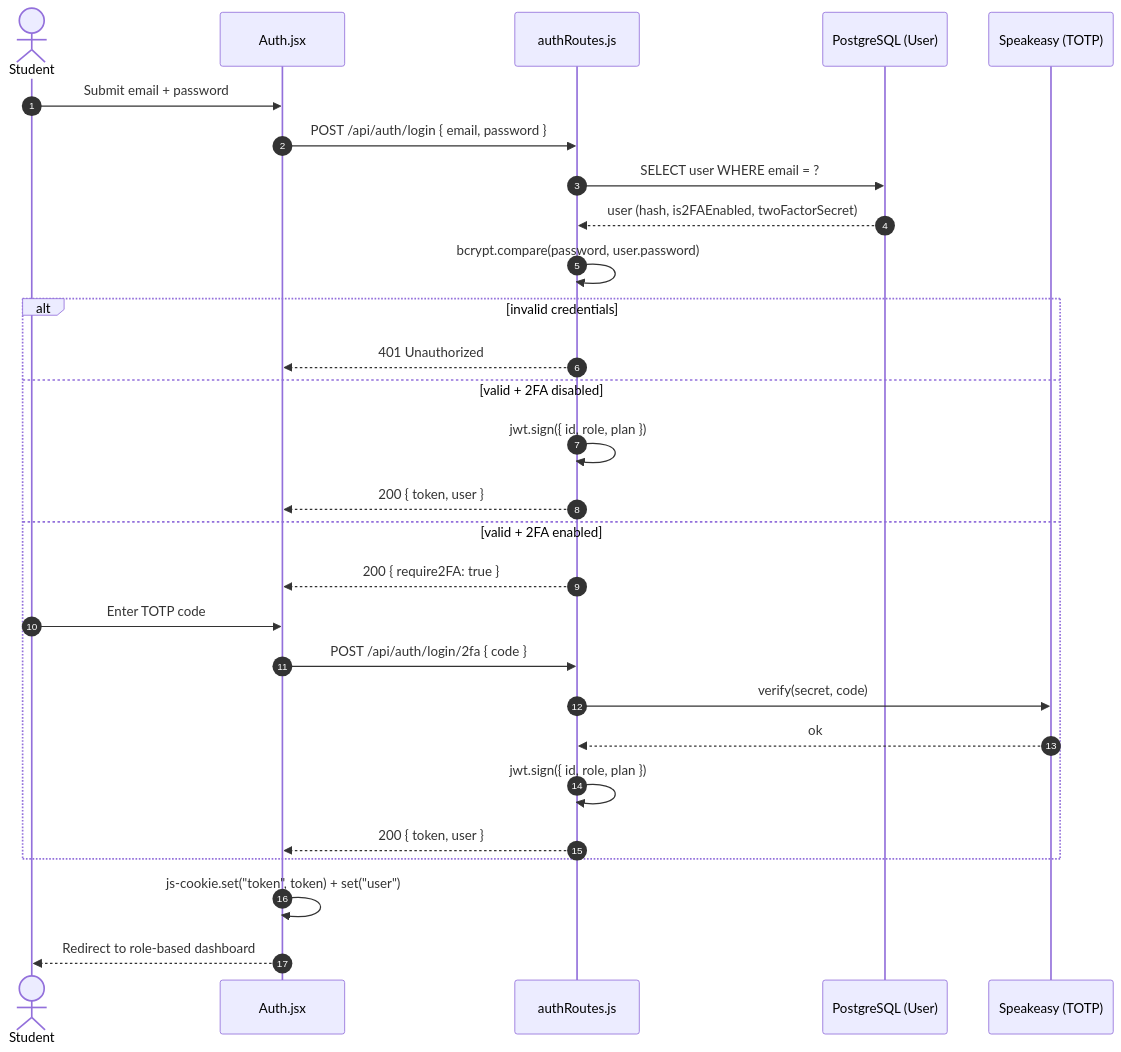
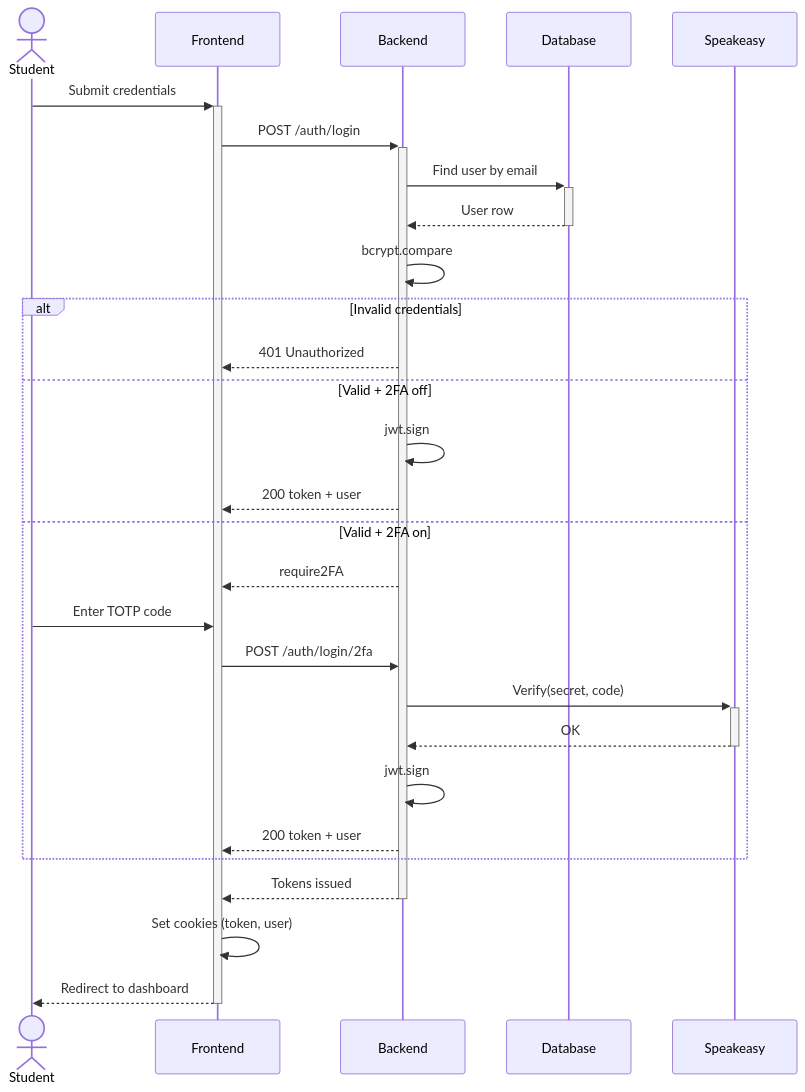
Before and after one commit to MaizaAymen/OmniLearn: the fourth of 9 diagrams in docs/05_chapitre3_sprint1.md, drawn with Mermaid. The commit also changed other lines of this file and 4 other files, not shown here.

````diff
--- a/docs/05_chapitre3_sprint1.md
+++ b/docs/05_chapitre3_sprint1.md
@@ -175,31 +183,33 @@
 ```mermaid
 sequenceDiagram
-  autonumber
-  actor S as Student
-  participant FE as Auth.jsx
-  participant API as authRoutes.js
-  participant DB as PostgreSQL (User)
-  participant TOTP as Speakeasy (TOTP)
+    actor Student
+    participant FE as Frontend
+    participant API as Backend
+    participant DB as Database
+    participant TOTP as Speakeasy
 
-  S->>FE: Submit email + password
-  FE->>API: POST /api/auth/login { email, password }
-  API->>DB: SELECT user WHERE email = ?
-  DB-->>API: user (hash, is2FAEnabled, twoFactorSecret)
-  API->>API: bcrypt.compare(password, user.password)
-  alt invalid credentials
-    API-->>FE: 401 Unauthorized
-  else valid + 2FA disabled
-    API->>API: jwt.sign({ id, role, plan })
-    API-->>FE: 200 { token, user }
-  else valid + 2FA enabled
-    API-->>FE: 200 { require2FA: true }
-    S->>FE: Enter TOTP code
-    FE->>API: POST /api/auth/login/2fa { code }
-    API->>TOTP: verify(secret, code)
-    TOTP-->>API: ok
-    API->>API: jwt.sign({ id, role, plan })
-    API-->>FE: 200 { token, user }
-  end
-  FE->>FE: js-cookie.set("token", token) + set("user")
-  FE-->>S: Redirect to role-based dashboard
+    Student->>+FE: Submit credentials
+    FE->>+API: POST /auth/login
+    API->>+DB: Find user by email
+    DB-->>-API: User row
+    API->>API: bcrypt.compare
+
+    alt Invalid credentials
+        API-->>FE: 401 Unauthorized
+    else Valid + 2FA off
+        API->>API: jwt.sign
+        API-->>FE: 200 token + user
+    else Valid + 2FA on
+        API-->>FE: require2FA
+        Student->>FE: Enter TOTP code
+        FE->>API: POST /auth/login/2fa
+        API->>+TOTP: Verify(secret, code)
+        TOTP-->>-API: OK
+        API->>API: jwt.sign
+        API-->>FE: 200 token + user
+    end
+
+    API-->>-FE: Tokens issued
+    FE->>FE: Set cookies (token, user)
+    FE-->>-Student: Redirect to dashboard
 ```
````
